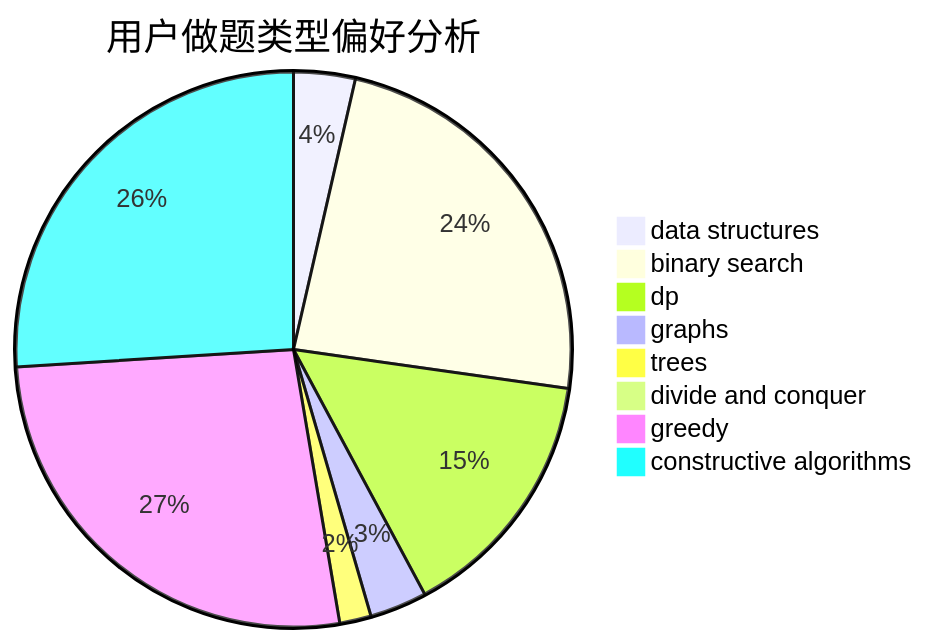
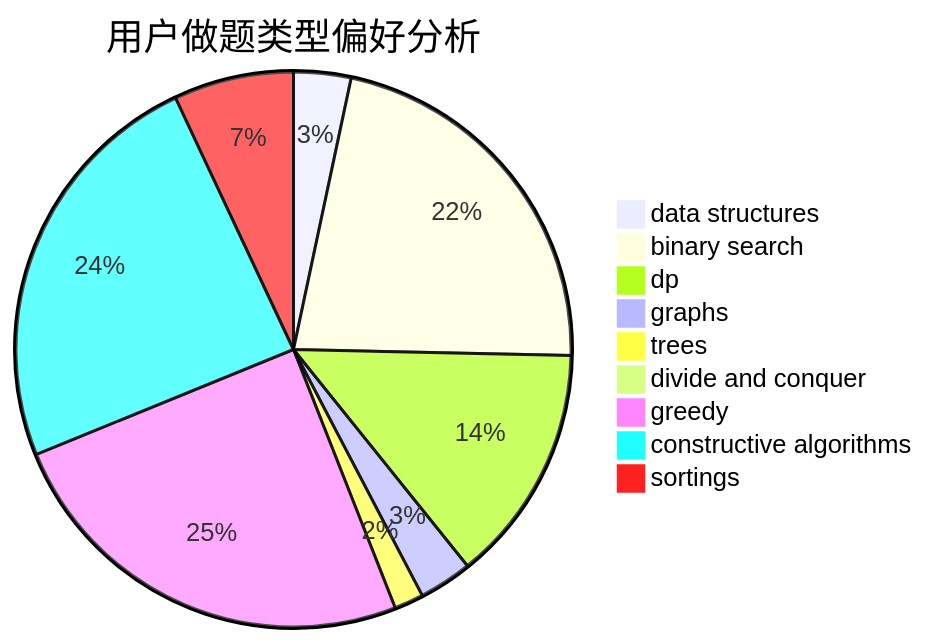
Before and after one commit to sherpahu/cfrs.github.io: the second of 3 diagrams in docs/user/u1764.md, drawn with Mermaid. The commit also changed other lines of this file and 2769 other files, not shown here.

````diff
--- a/docs/user/u1764.md
+++ b/docs/user/u1764.md
@@ -23,11 +18,12 @@
 ```mermaid
 pie title 用户做题类型偏好分析
     "data structures" :  43
     "binary search" :  284
     "dp" :  179
     "graphs" :  40
     "trees" :  22
     "divide and conquer" :  4
     "greedy" :  320
     "constructive algorithms" :  312
+    "sortings" :  90
 ```
````
